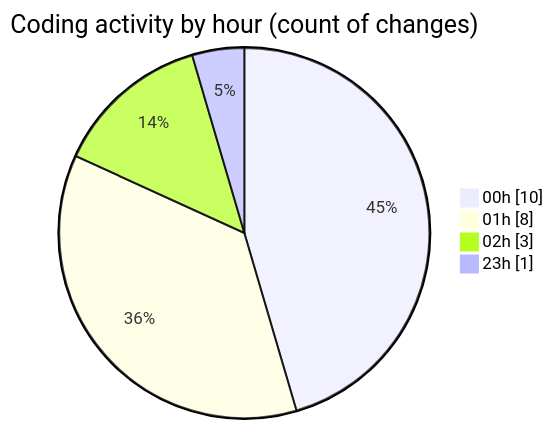
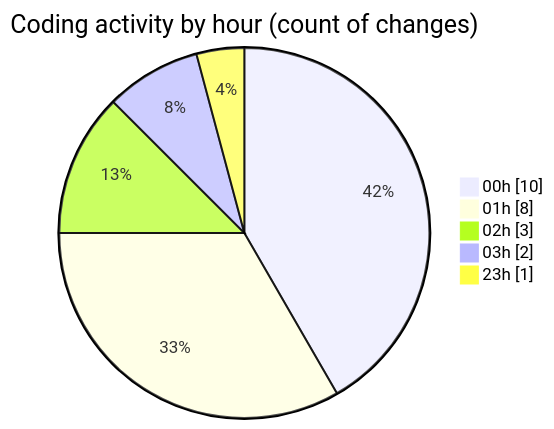
One commit to tmsrecording-cyber/code-tracking changed the second of 2 diagrams in 2026-02-09/singularitybrainai/README.md. Above: the diagram before and after it, drawn with Mermaid. The commit also changed other lines of this file and 1 other file, not shown here.

````diff
--- a/2026-02-09/singularitybrainai/README.md
+++ b/2026-02-09/singularitybrainai/README.md
@@ -29,8 +30,9 @@
 ```mermaid
 pie showData
 title Coding activity by hour (count of changes)
 "00h" : 10
 "01h" : 8
 "02h" : 3
+"03h" : 2
 "23h" : 1
 ```
````
